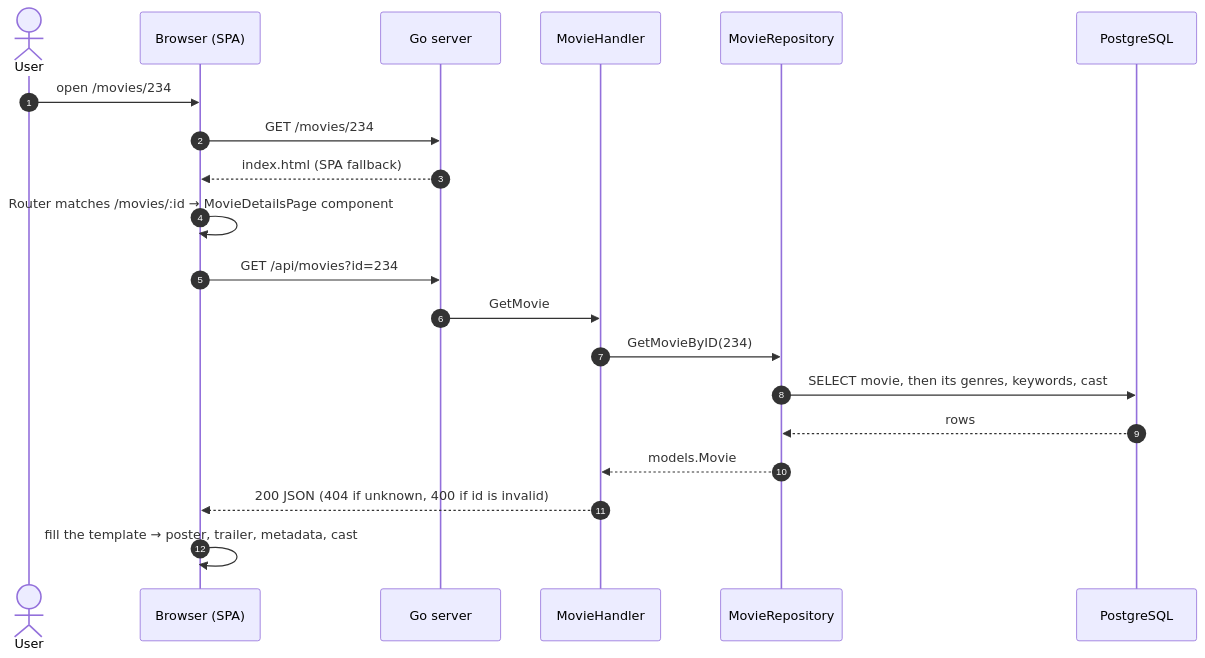
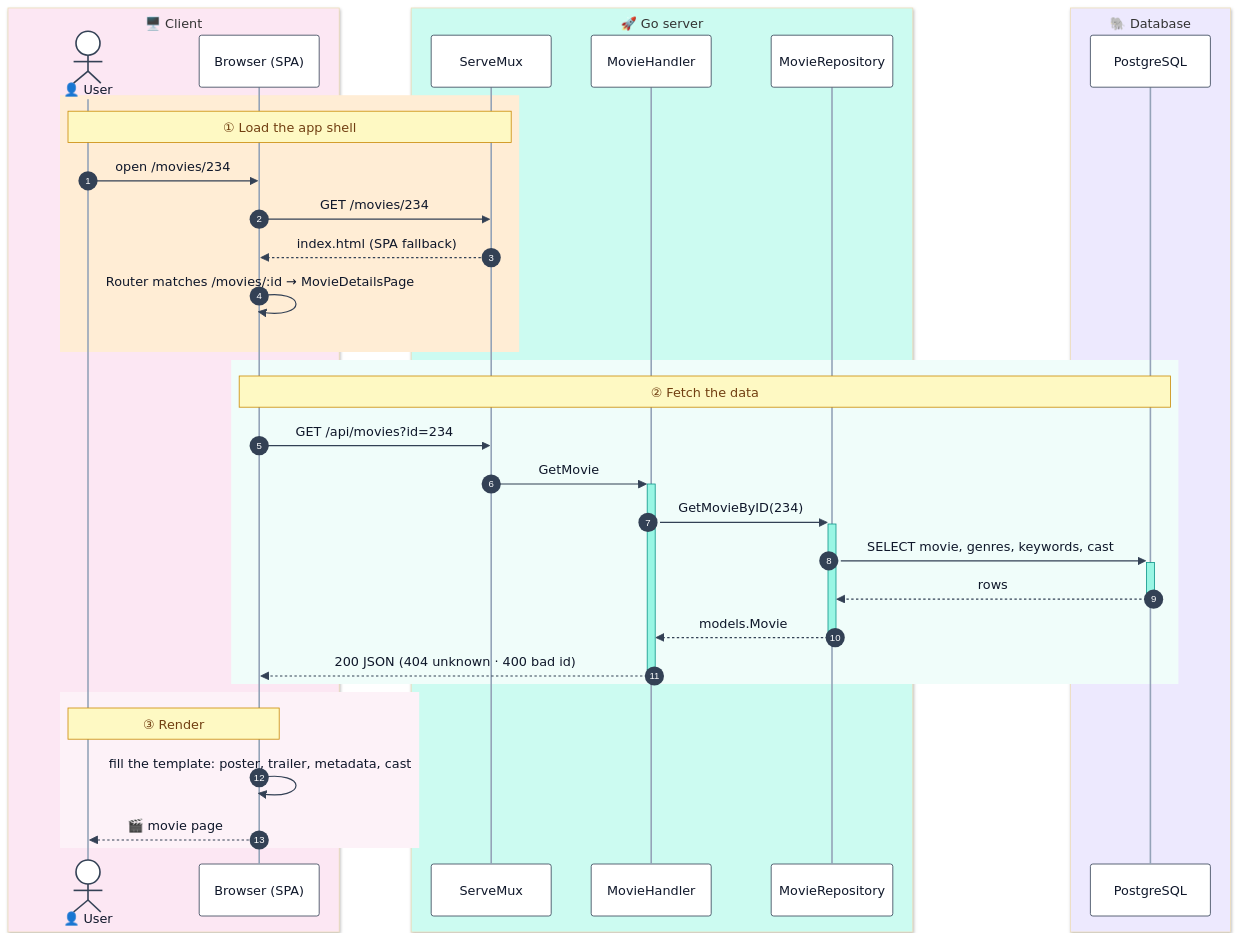
One commit to dhruv2223/reeling-it changed the second of 4 diagrams in README.md. Above: the diagram before and after it, drawn with Mermaid. The commit also changed other lines of this file, not shown here.

First line of the commit message:
Restyle README architecture diagrams with colour and icons

````diff
--- a/README.md
+++ b/README.md
@@ -111,23 +144,42 @@
 ```mermaid
+%%{init: {"theme": "base", "themeVariables": {"fontFamily": "Inter, Segoe UI, Helvetica, Arial, sans-serif", "actorBkg": "#ffffff", "actorBorder": "#334155", "actorTextColor": "#0f172a", "actorLineColor": "#94a3b8", "signalColor": "#334155", "signalTextColor": "#0f172a", "noteBkgColor": "#fef9c3", "noteBorderColor": "#ca8a04", "noteTextColor": "#713f12", "activationBkgColor": "#99f6e4", "activationBorderColor": "#0d9488", "sequenceNumberColor": "#ffffff"}}}%%
 sequenceDiagram
     autonumber
-    actor U as User
-    participant B as Browser (SPA)
-    participant S as Go server
-    participant H as MovieHandler
-    participant R as MovieRepository
-    participant DB as PostgreSQL
+    box rgb(252, 231, 243) 🖥️ Client
+        actor U as 👤 User
+        participant B as Browser (SPA)
+    end
+    box rgb(204, 251, 241) 🚀 Go server
+        participant S as ServeMux
+        participant H as MovieHandler
+        participant R as MovieRepository
+    end
+    box rgb(237, 233, 254) 🐘 Database
+        participant DB as PostgreSQL
+    end
 
-    U->>B: open /movies/234
-    B->>S: GET /movies/234
-    S-->>B: index.html (SPA fallback)
-    B->>B: Router matches /movies/:id → MovieDetailsPage component
-    B->>S: GET /api/movies?id=234
-    S->>H: GetMovie
-    H->>R: GetMovieByID(234)
-    R->>DB: SELECT movie, then its genres, keywords, cast
-    DB-->>R: rows
-    R-->>H: models.Movie
-    H-->>B: 200 JSON (404 if unknown, 400 if id is invalid)
-    B->>B: fill the template → poster, trailer, metadata, cast
+    rect rgb(255, 237, 213)
+        Note over U,S: ① Load the app shell
+        U->>B: open /movies/234
+        B->>S: GET /movies/234
+        S-->>B: index.html (SPA fallback)
+        B->>B: Router matches /movies/:id → MovieDetailsPage
+    end
+
+    rect rgb(240, 253, 250)
+        Note over B,DB: ② Fetch the data
+        B->>S: GET /api/movies?id=234
+        S->>+H: GetMovie
+        H->>+R: GetMovieByID(234)
+        R->>+DB: SELECT movie, genres, keywords, cast
+        DB-->>-R: rows
+        R-->>-H: models.Movie
+        H-->>-B: 200 JSON (404 unknown · 400 bad id)
+    end
+
+    rect rgb(253, 242, 248)
+        Note over U,B: ③ Render
+        B->>B: fill the template: poster, trailer, metadata, cast
+        B-->>U: 🎬 movie page
+    end
 ```
````
